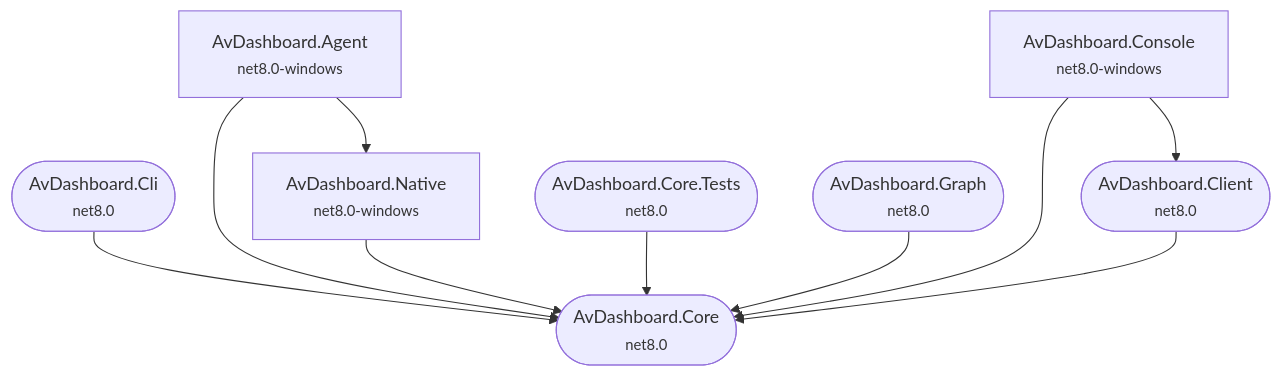
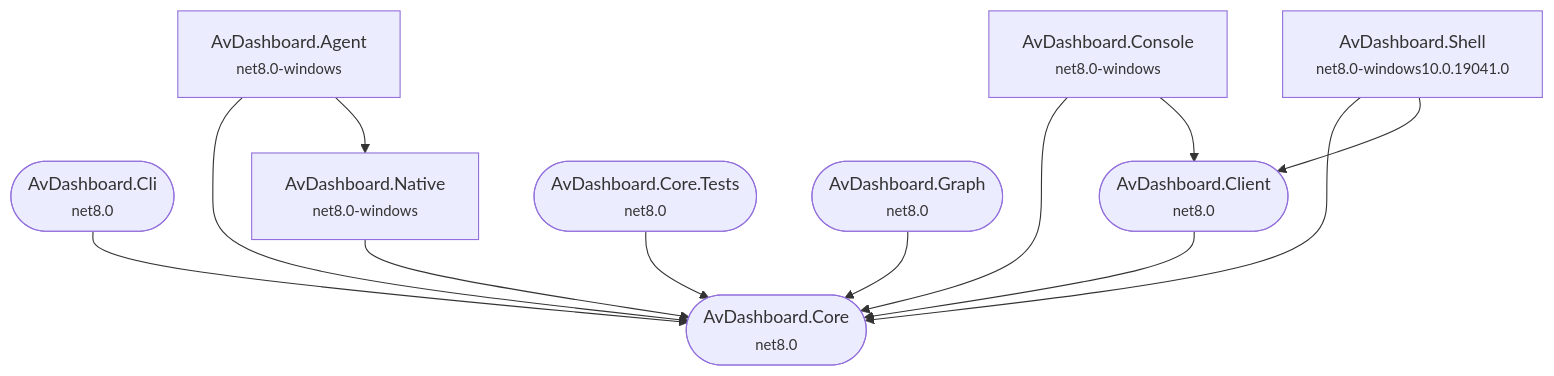
One commit to zivko17/AV-Dashboard changed the first of 2 diagrams in docs/grafo.md. Above: the diagram before and after it, drawn with Mermaid. The commit also changed 17 other files, not shown here.

````diff
--- a/docs/grafo.md
+++ b/docs/grafo.md
@@ -10,21 +10,24 @@
 ```mermaid
 graph TD
     AvDashboard_Agent["AvDashboard.Agent<br/><small>net8.0-windows</small>"]
     AvDashboard_Cli(["AvDashboard.Cli<br/><small>net8.0</small>"])
     AvDashboard_Client(["AvDashboard.Client<br/><small>net8.0</small>"])
     AvDashboard_Console["AvDashboard.Console<br/><small>net8.0-windows</small>"]
     AvDashboard_Core(["AvDashboard.Core<br/><small>net8.0</small>"])
     AvDashboard_Native["AvDashboard.Native<br/><small>net8.0-windows</small>"]
+    AvDashboard_Shell["AvDashboard.Shell<br/><small>net8.0-windows10.0.19041.0</small>"]
     AvDashboard_Core_Tests(["AvDashboard.Core.Tests<br/><small>net8.0</small>"])
     AvDashboard_Graph(["AvDashboard.Graph<br/><small>net8.0</small>"])
 
     AvDashboard_Agent --> AvDashboard_Core
     AvDashboard_Agent --> AvDashboard_Native
     AvDashboard_Cli --> AvDashboard_Core
     AvDashboard_Client --> AvDashboard_Core
     AvDashboard_Console --> AvDashboard_Core
     AvDashboard_Console --> AvDashboard_Client
     AvDashboard_Native --> AvDashboard_Core
+    AvDashboard_Shell --> AvDashboard_Core
+    AvDashboard_Shell --> AvDashboard_Client
     AvDashboard_Core_Tests --> AvDashboard_Core
     AvDashboard_Graph --> AvDashboard_Core
 ```
````
